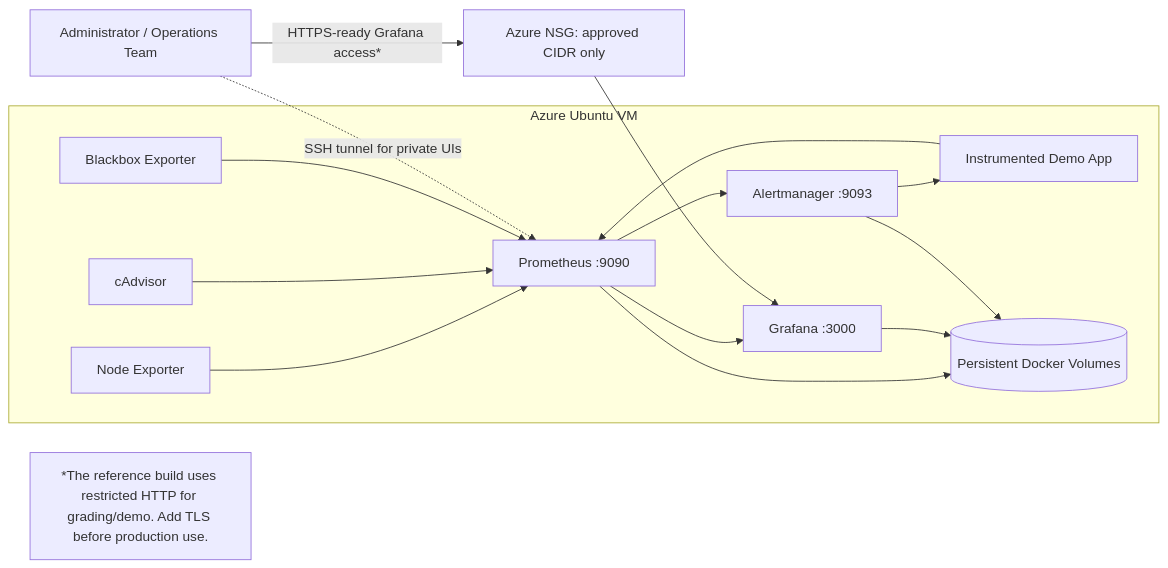
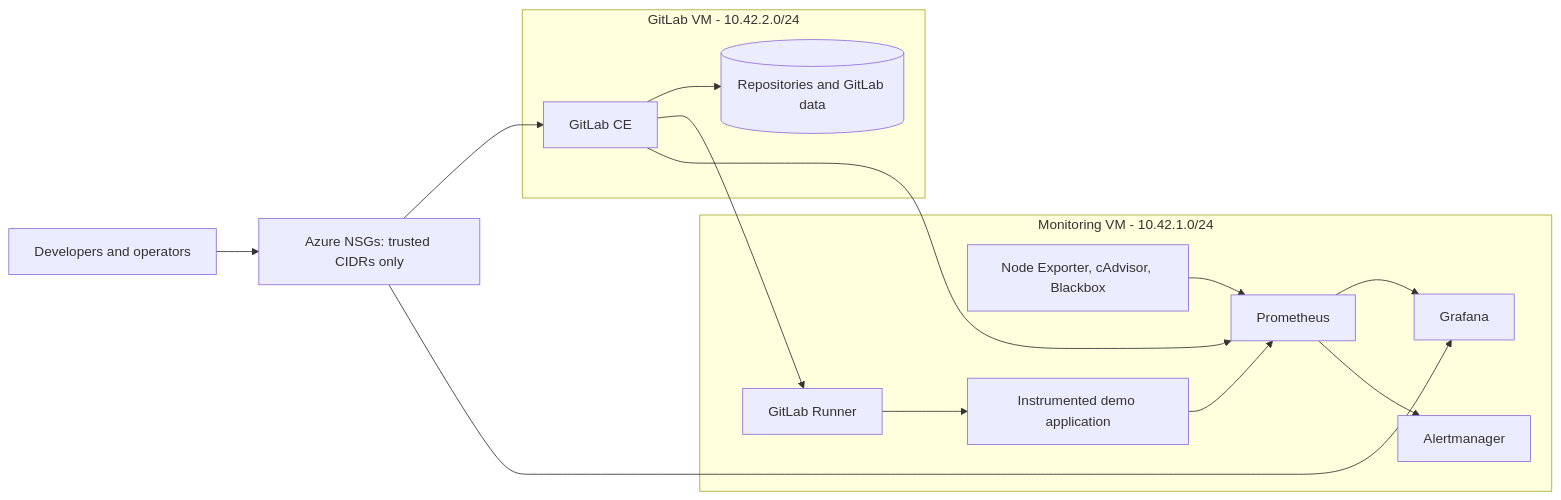
Before and after one commit to ibrahimalhabiab-web/CloudSphere: the diagram in README.md, drawn with Mermaid. The commit also changed other lines of this file and 52 other files, not shown here.

Commit message:
Add combined GitLab and observability platform

````diff
--- a/README.md
+++ b/README.md
@@ -17,33 +24,31 @@
 ```mermaid
 flowchart LR
-    Admin["Administrator / Operations Team"]
-    Azure["Azure NSG: approved CIDR only"]
+    User[Developers and operators]
+    Azure[Azure NSGs: trusted CIDRs only]
 
-    subgraph VM["Azure Ubuntu VM"]
-        Grafana["Grafana :3000"]
-        Prometheus["Prometheus :9090"]
-        Alertmanager["Alertmanager :9093"]
-        Node["Node Exporter"]
-        CAdvisor["cAdvisor"]
-        Blackbox["Blackbox Exporter"]
-        Demo["Instrumented Demo App"]
-        Volumes[("Persistent Docker Volumes")]
+    subgraph GitLabVM[GitLab VM - 10.42.2.0/24]
+        GitLab[GitLab CE]
+        Repositories[(Repositories and GitLab data)]
+        GitLab --> Repositories
+    end
 
+    subgraph MonitoringVM[Monitoring VM - 10.42.1.0/24]
+        Runner[GitLab Runner]
+        Prometheus[Prometheus]
+        Grafana[Grafana]
+        Alertmanager[Alertmanager]
+        Exporters[Node Exporter, cAdvisor, Blackbox]
+        Demo[Instrumented demo application]
+        Runner --> Demo
+        Exporters --> Prometheus
+        Demo --> Prometheus
         Prometheus --> Grafana
         Prometheus --> Alertmanager
-        Node --> Prometheus
-        CAdvisor --> Prometheus
-        Blackbox --> Prometheus
-        Demo --> Prometheus
-        Alertmanager --> Demo
-        Prometheus --> Volumes
-        Grafana --> Volumes
-        Alertmanager --> Volumes
     end
 
-    Admin -->|"HTTPS-ready Grafana access*"| Azure
+    User --> Azure
+    Azure --> GitLab
     Azure --> Grafana
-    Admin -. "SSH tunnel for private UIs" .-> Prometheus
-
-    note["*The reference build uses restricted HTTP for grading/demo. Add TLS before production use."]
+    GitLab --> Runner
+    GitLab --> Prometheus
 ```
````
